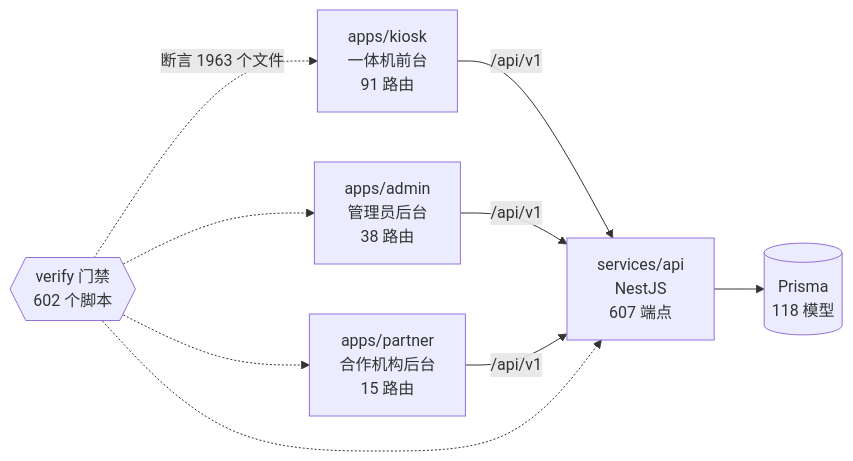
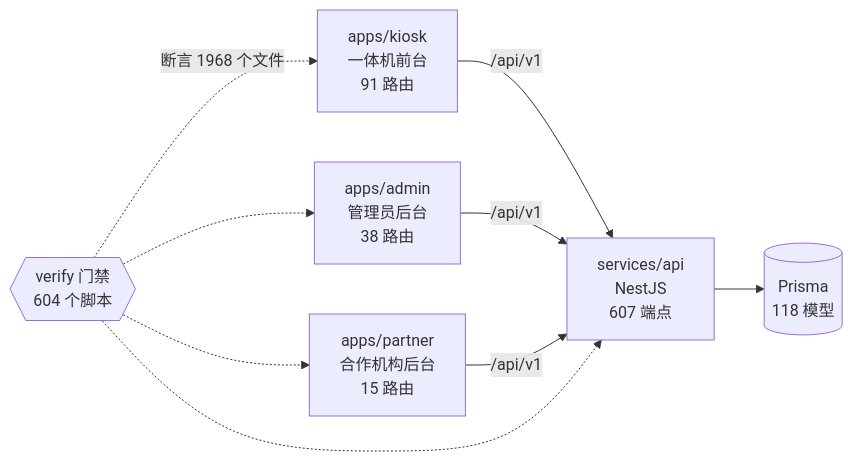
One commit to wanglei581/YITIJI changed the diagram in docs/graph/README.md. Above: the diagram before and after it, drawn with Mermaid. The commit also changed other lines of this file and 2 other files, not shown here.

First line of the commit message:
终端程序：重生项目图谱以收进屏上扫描第二轮

````diff
--- a/docs/graph/README.md
+++ b/docs/graph/README.md
@@ -68,18 +68,18 @@
 ```mermaid
 flowchart LR
   kiosk["apps/kiosk<br/>一体机前台<br/>91 路由"]
   admin["apps/admin<br/>管理员后台<br/>38 路由"]
   partner["apps/partner<br/>合作机构后台<br/>15 路由"]
   api["services/api<br/>NestJS<br/>607 端点"]
   db[("Prisma<br/>118 模型")]
-  gates{{"verify 门禁<br/>602 个脚本"}}
+  gates{{"verify 门禁<br/>604 个脚本"}}
 
   kiosk -->|"/api/v1"| api
   admin -->|"/api/v1"| api
   partner -->|"/api/v1"| api
   api --> db
-  gates -.->|"断言 1963 个文件"| kiosk
+  gates -.->|"断言 1968 个文件"| kiosk
   gates -.-> admin
   gates -.-> partner
   gates -.-> api
 ```
````
